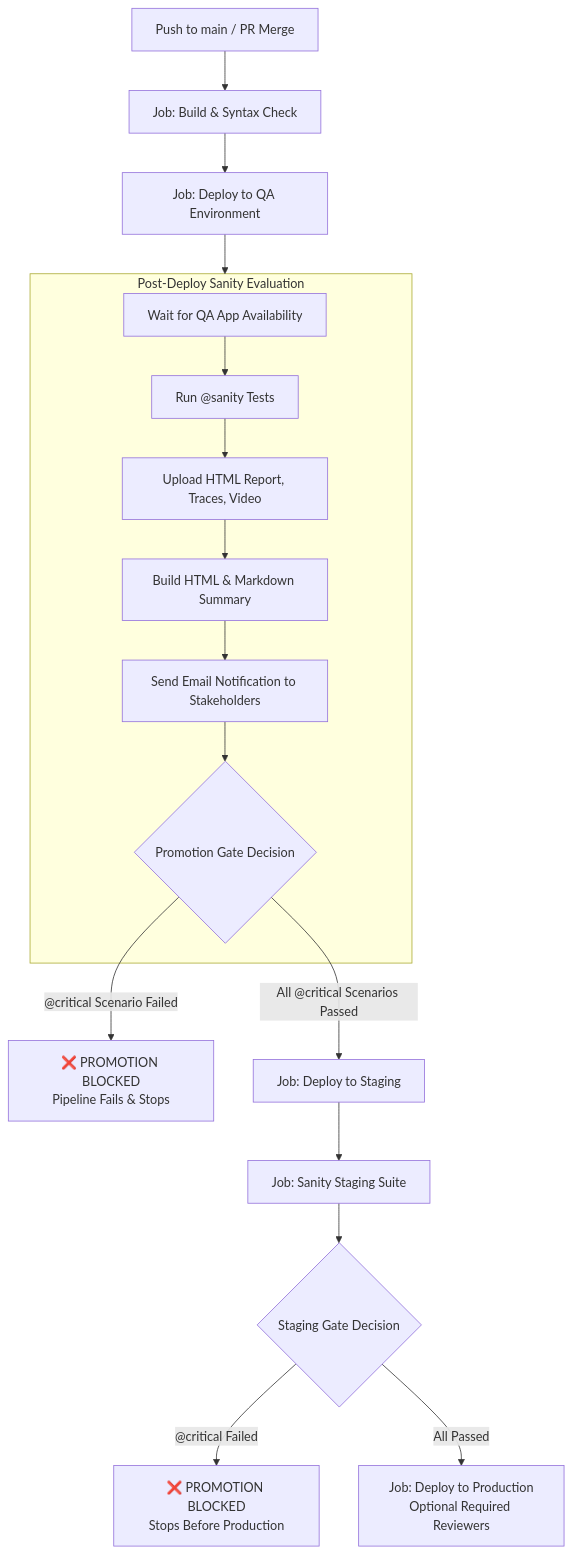
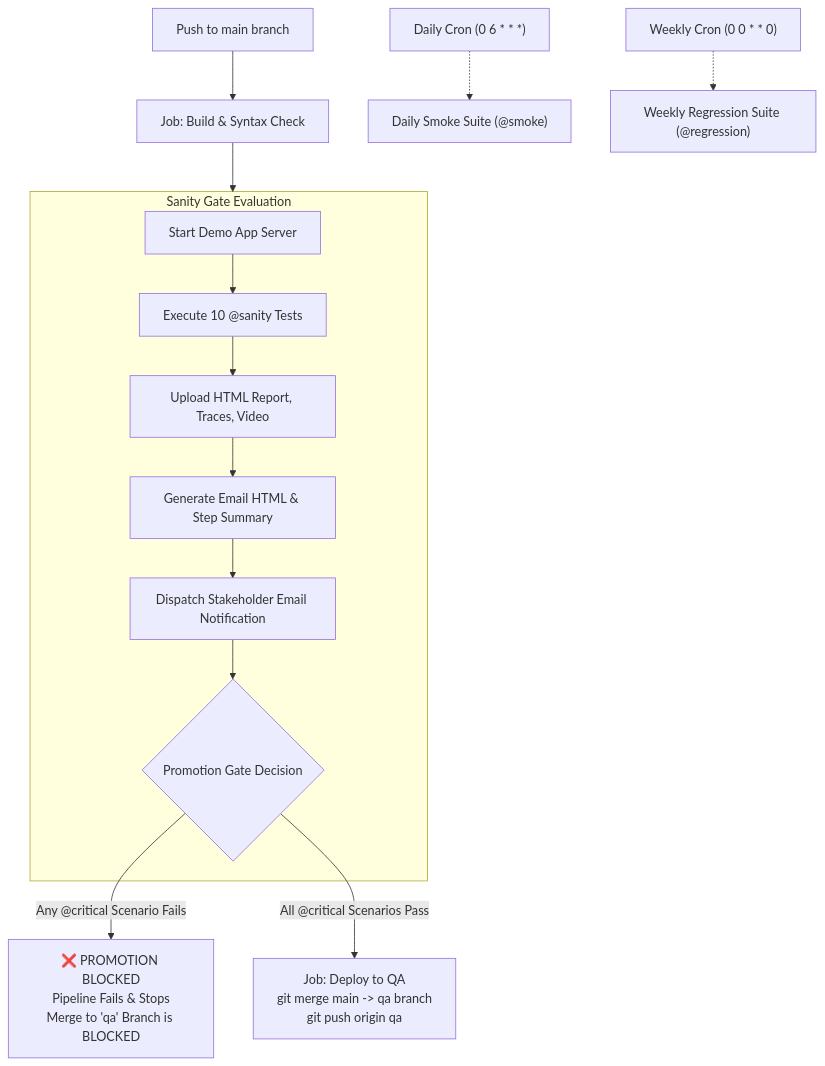
Before and after one commit to deepak4566/Sanity-automation: the diagram in README.md, drawn with Mermaid. The commit also changed 1 other file, not shown here.

Commit message:
ci: run sanity gate first before deploying to qa, merge to qa branch on pass, and remove staging/prod

````diff
--- a/README.md
+++ b/README.md
@@ -34,21 +34,19 @@
 ```mermaid
 flowchart TD
-    A[Push to main / PR Merge] --> B[Job: Build & Syntax Check]
-    B --> C[Job: Deploy to QA Environment]
-    C --> D[Job: Sanity QA Playwright Suite]
+    A[Push to main branch] --> B[Job: Build & Syntax Check]
+    B --> C[Job: Pre-Deploy Sanity Gate]
     
-    subgraph D [Post-Deploy Sanity Evaluation]
-        D1[Wait for QA App Availability] --> D2[Run @sanity Tests]
-        D2 --> D3[Upload HTML Report, Traces, Video]
-        D3 --> D4[Build HTML & Markdown Summary]
-        D4 --> D5[Send Email Notification to Stakeholders]
-        D5 --> D6{Promotion Gate Decision}
+    subgraph C [Sanity Gate Evaluation]
+        C1[Start Demo App Server] --> C2[Execute 10 @sanity Tests]
+        C2 --> C3[Upload HTML Report, Traces, Video]
+        C3 --> C4[Generate Email HTML & Step Summary]
+        C4 --> C5[Dispatch Stakeholder Email Notification]
+        C5 --> C6{Promotion Gate Decision}
     end
     
-    D6 -- "@critical Scenario Failed" --> X[❌ PROMOTION BLOCKED<br/>Pipeline Fails & Stops]
-    D6 -- "All @critical Scenarios Passed" --> E[Job: Deploy to Staging]
-    E --> F[Job: Sanity Staging Suite]
-    F --> G{Staging Gate Decision}
-    G -- "@critical Failed" --> Y[❌ PROMOTION BLOCKED<br/>Stops Before Production]
-    G -- "All Passed" --> H[Job: Deploy to Production<br/>Optional Required Reviewers]
+    C6 -- "Any @critical Scenario Fails" --> X[❌ PROMOTION BLOCKED<br/>Pipeline Fails & Stops<br/>Merge to 'qa' Branch is BLOCKED]
+    C6 -- "All @critical Scenarios Pass" --> D[Job: Deploy to QA<br/>git merge main -> qa branch<br/>git push origin qa]
+
+    CRON1["Daily Cron (0 6 * * *)"] -.-> SMOKE["Daily Smoke Suite (@smoke)"]
+    CRON2["Weekly Cron (0 0 * * 0)"] -.-> REGR["Weekly Regression Suite (@regression)"]
 ```
````
